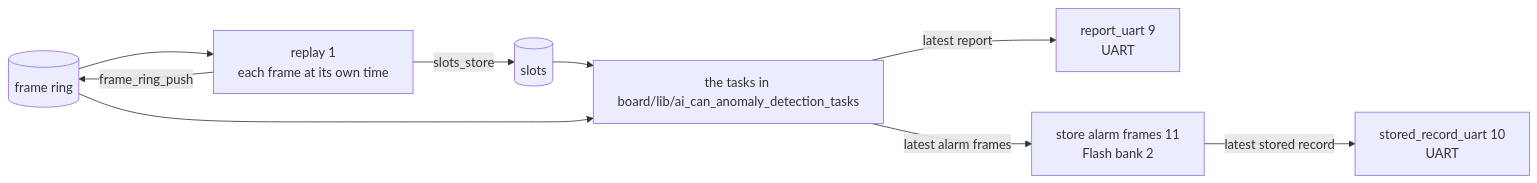
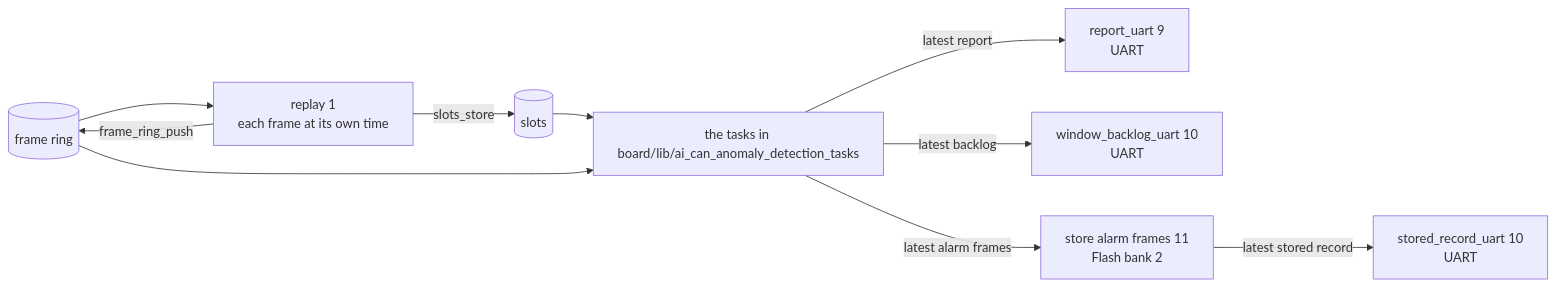
The diagram in board/application/can_path_from_flash/README.md (asana17/ai_can_anomaly_detection), drawn with Mermaid before and after one commit. The commit also changed 17 other files, not shown here.

````diff
--- a/board/application/can_path_from_flash/README.md
+++ b/board/application/can_path_from_flash/README.md
@@ -6,11 +6,12 @@
 ```mermaid
 flowchart LR
     frames[(Flash frames)] --> replay["replay 1<br/>each frame at its own time"]
     replay -- slots_store --> slots[(slots)]
     replay -- frame_ring_push --> frames[(frame ring)]
     slots --> tasks["the tasks in board/lib/ai_can_anomaly_detection_tasks"]
     frames --> tasks
     tasks -- latest report --> uart["report_uart 9<br/>UART"]
+    tasks -- latest backlog --> backlog_uart["window_backlog_uart 10<br/>UART"]
     tasks -- latest alarm frames --> store["store alarm frames 11<br/>Flash bank 2"]
     store -- latest stored record --> record_uart["stored_record_uart 10<br/>UART"]
 ```
````
